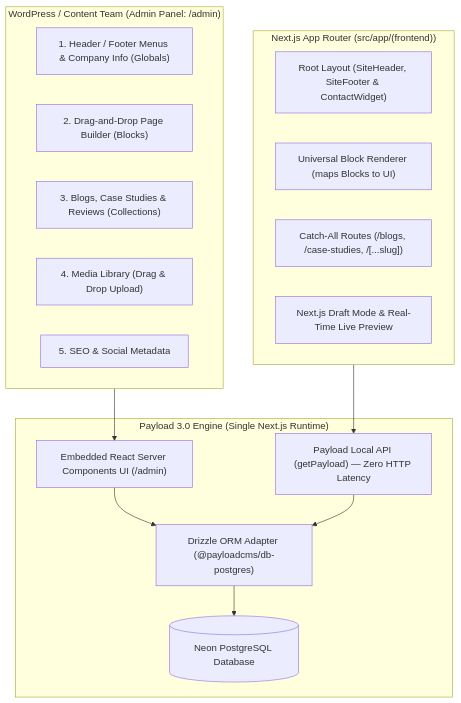
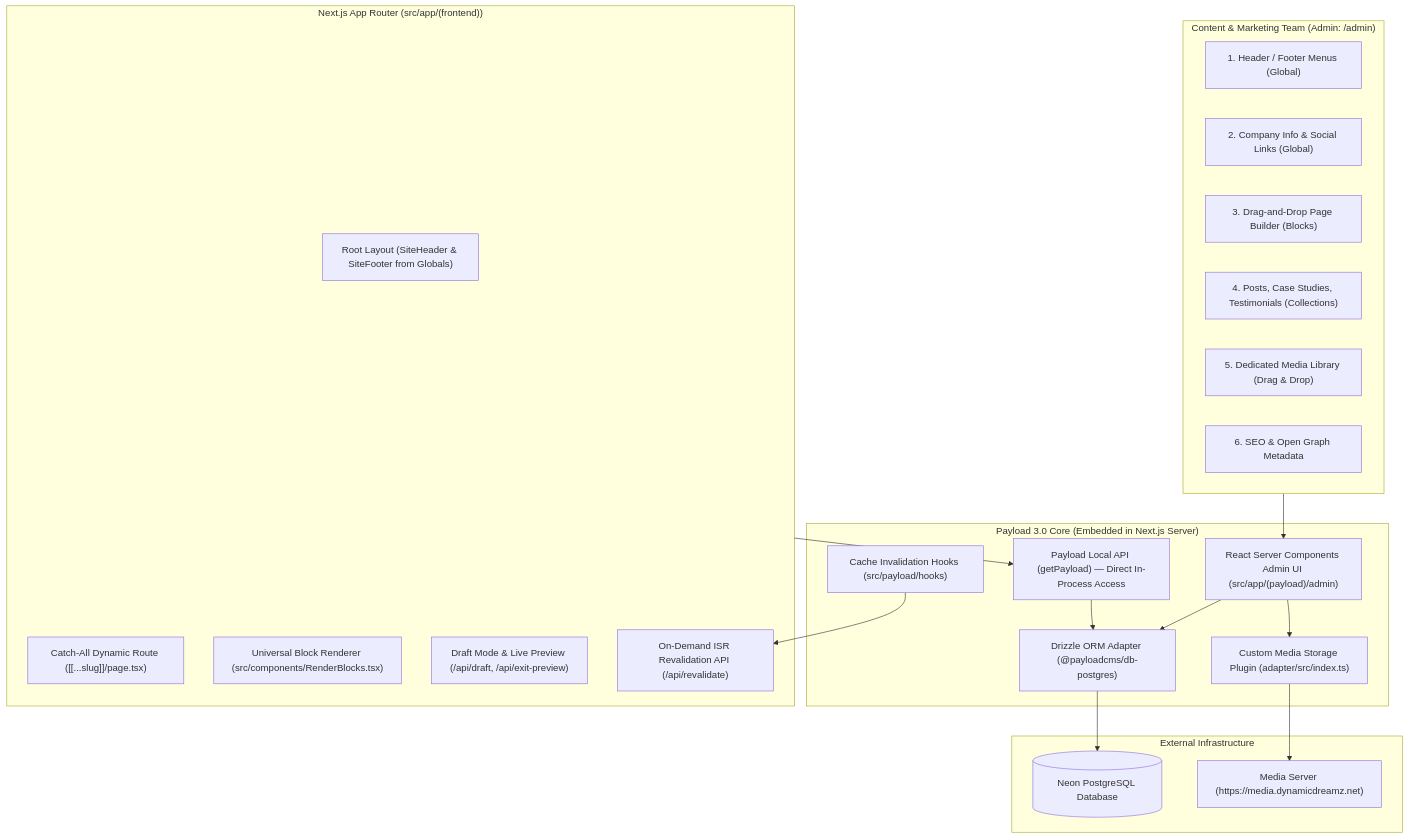
Before and after one commit to BhavikPatel-dreamz/dynamicdreamz-self: the diagram in docs/payload-cms-integration-guide.md, drawn with Mermaid. The commit also changed other lines of this file and 1 other file, not shown here.

````diff
--- a/docs/payload-cms-integration-guide.md
+++ b/docs/payload-cms-integration-guide.md
@@ -31,30 +15,41 @@
 ```mermaid
 flowchart TD
-    subgraph WPTeam["WordPress / Content Team (Admin Panel: /admin)"]
-        NavEditor["1. Header / Footer Menus & Company Info (Globals)"]
-        PageBuilder["2. Drag-and-Drop Page Builder (Blocks)"]
-        BlogEditor["3. Blogs, Case Studies & Reviews (Collections)"]
-        MediaLib["4. Media Library (Drag & Drop Upload)"]
-        SeoEditor["5. SEO & Social Metadata"]
+    subgraph WPTeam["Content & Marketing Team (Admin: /admin)"]
+        NavEditor["1. Header / Footer Menus (Global)"]
+        SiteEditor["2. Company Info & Social Links (Global)"]
+        PageBuilder["3. Drag-and-Drop Page Builder (Blocks)"]
+        BlogEditor["4. Posts, Case Studies, Testimonials (Collections)"]
+        MediaLib["5. Dedicated Media Library (Drag & Drop)"]
+        SeoEditor["6. SEO & Open Graph Metadata"]
     end
 
-    subgraph PayloadCore["Payload 3.0 Engine (Single Next.js Runtime)"]
-        AdminUI["Embedded React Server Components UI (/admin)"]
-        LocalAPI["Payload Local API (getPayload) — Zero HTTP Latency"]
+    subgraph PayloadCore["Payload 3.0 Core (Embedded in Next.js Server)"]
+        AdminUI["React Server Components Admin UI (src/app/(payload)/admin)"]
+        LocalAPI["Payload Local API (getPayload) — Direct In-Process Access"]
         DrizzleORM["Drizzle ORM Adapter (@payloadcms/db-postgres)"]
-        DB[("Neon PostgreSQL Database")]
+        MediaAdapter["Custom Media Storage Plugin (adapter/src/index.ts)"]
+        RevalidateHooks["Cache Invalidation Hooks (src/payload/hooks)"]
     end
 
-    subgraph NextJS["Next.js App Router (src/app/(frontend))"]
-        GlobalLayout["Root Layout (SiteHeader, SiteFooter & ContactWidget)"]
-        BlockRenderer["Universal Block Renderer (maps Blocks to UI)"]
-        DynamicRoutes["Catch-All Routes (/blogs, /case-studies, /[...slug])"]
-        LivePreview["Next.js Draft Mode & Real-Time Live Preview"]
+    subgraph Infrastructure["External Infrastructure"]
+        NeonDB[("Neon PostgreSQL Database")]
+        MediaCDN["Media Server (https://media.dynamicdreamz.net)"]
+    end
+
+    subgraph NextJSApp["Next.js App Router (src/app/(frontend))"]
+        RootLayout["Root Layout (SiteHeader & SiteFooter from Globals)"]
+        CatchAllRoute["Catch-All Dynamic Route ([[...slug]]/page.tsx)"]
+        RenderBlocks["Universal Block Renderer (src/components/RenderBlocks.tsx)"]
+        PreviewRoutes["Draft Mode & Live Preview (/api/draft, /api/exit-preview)"]
+        RevalidateAPI["On-Demand ISR Revalidation API (/api/revalidate)"]
     end
 
     WPTeam --> AdminUI
     AdminUI --> DrizzleORM
-    DrizzleORM --> DB
-    NextJS --> LocalAPI
+    AdminUI --> MediaAdapter
+    MediaAdapter --> MediaCDN
+    DrizzleORM --> NeonDB
+    NextJSApp --> LocalAPI
     LocalAPI --> DrizzleORM
+    RevalidateHooks --> RevalidateAPI
 ```
````
